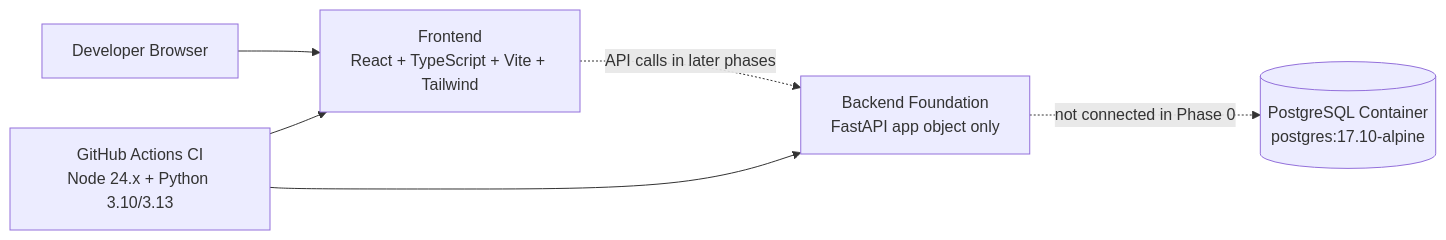
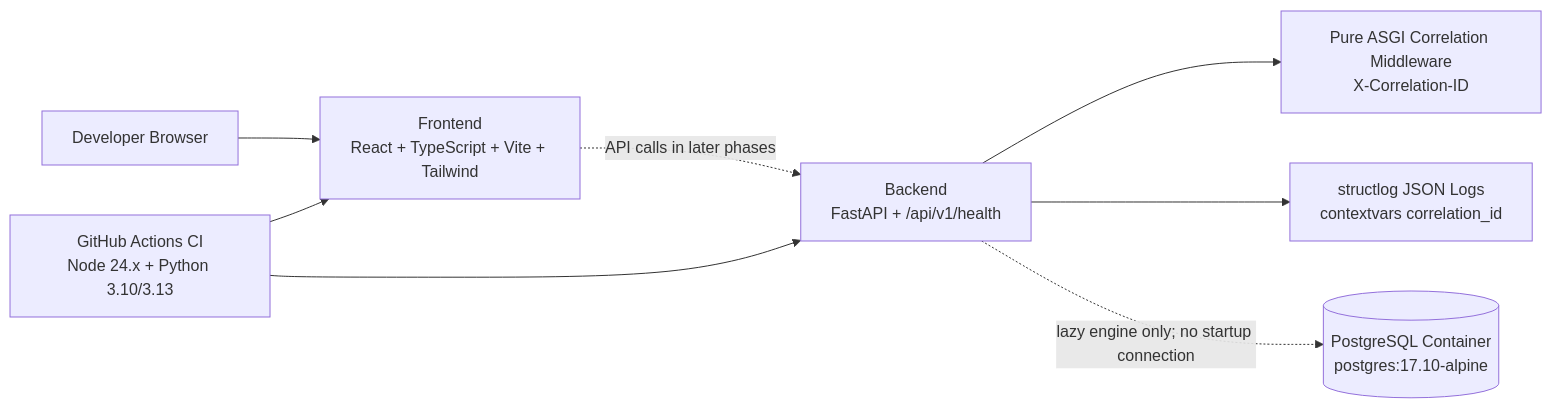
One commit to iayushmahajan/relayguard changed the diagram in docs/architecture.md. Above: the diagram before and after it, drawn with Mermaid. The commit also changed other lines of this file and 22 other files, not shown here.

````diff
--- a/docs/architecture.md
+++ b/docs/architecture.md
@@ -3,8 +3,10 @@
 ```mermaid
 flowchart LR
   U[Developer Browser] --> F[Frontend\nReact + TypeScript + Vite + Tailwind]
-  F -. API calls in later phases .-> B[Backend Foundation\nFastAPI app object only]
-  B -. not connected in Phase 0 .-> D[(PostgreSQL Container\npostgres:17.10-alpine)]
+  F -. API calls in later phases .-> B[Backend\nFastAPI + /api/v1/health]
+  B --> C[Pure ASGI Correlation Middleware\nX-Correlation-ID]
+  B --> L[structlog JSON Logs\ncontextvars correlation_id]
+  B -. lazy engine only; no startup connection .-> D[(PostgreSQL Container\npostgres:17.10-alpine)]
   CI[GitHub Actions CI\nNode 24.x + Python 3.10/3.13] --> F
   CI --> B
 ```
````
